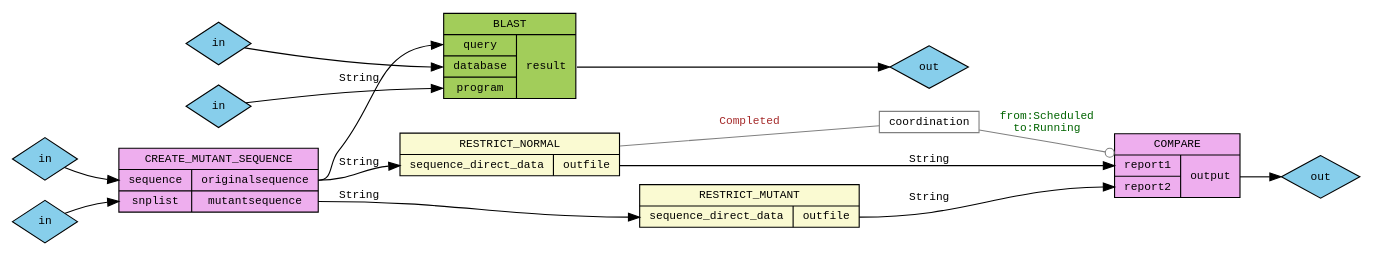
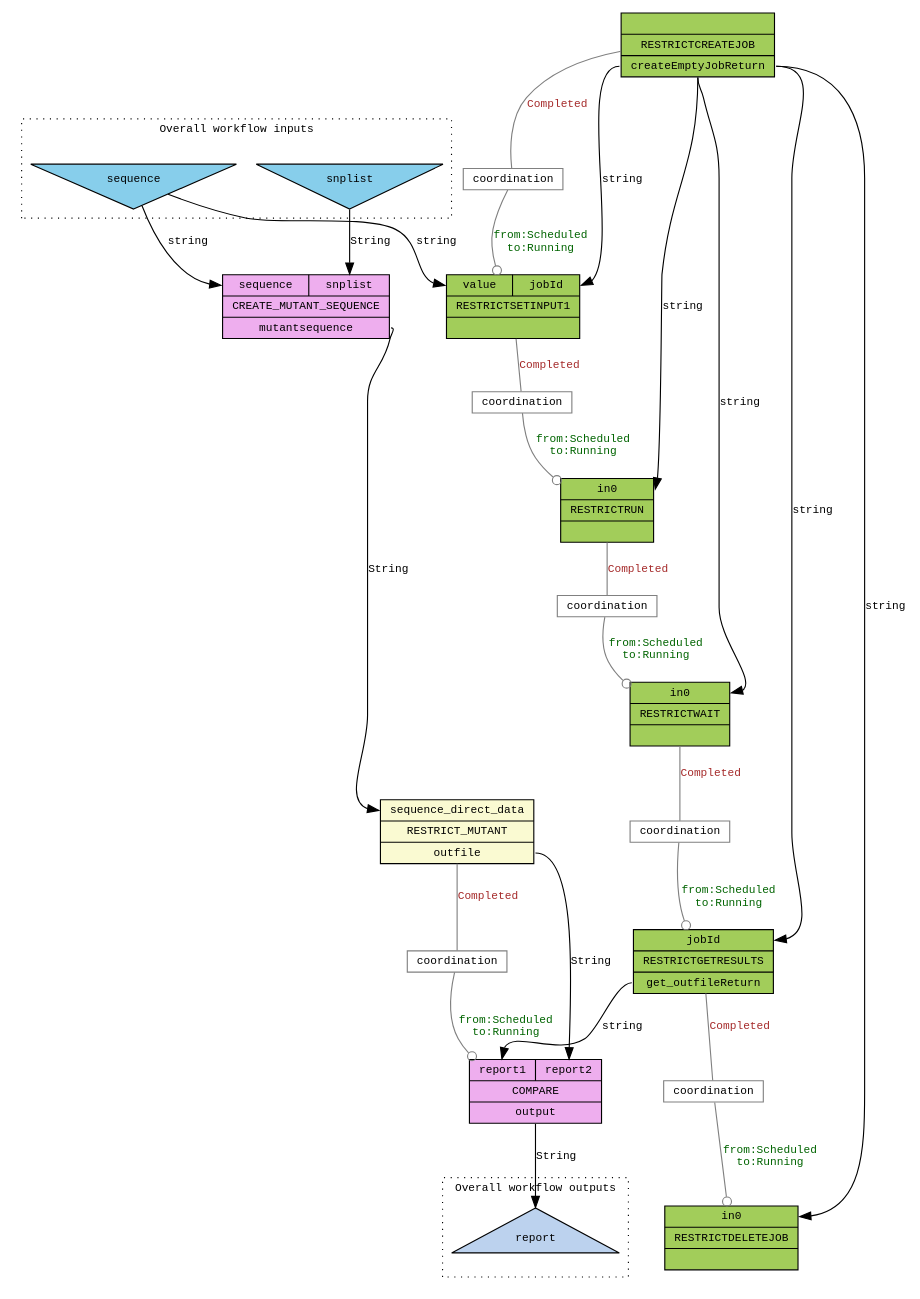
One commit to taverna/taverna-svn changed the diagram in trunk/taverna1.0/hybridworkflow/workflow.bound.dot. Above: the diagram before and after it, drawn with Graphviz. The commit also changed 15 other files, not shown here.

```diff
--- a/trunk/taverna1.0/hybridworkflow/workflow.bound.dot
+++ b/trunk/taverna1.0/hybridworkflow/workflow.bound.dot
@@ -1,7 +1,6 @@
 digraph scufl_graph {
  graph [             
   style=""         
-  rankdir="LR"     
  ]                   
  node [              
   fontname="Courier",         
@@ -20,82 +19,100 @@
   color="black"                
  ];
 
- externalblastdatabase [
-  shape="diamond",
-  width="0",
-  height="0",
-  fillcolor="skyblue",
-  label="in"
- ]
- externalblastdatabase->blast:database;
- externalblastprogram [
-  shape="diamond",
-  width="0",
-  height="0",
-  fillcolor="skyblue",
-  label="in"
- ]
- externalblastprogram->blast:program;
- externalblastresult [
-  shape="diamond",
-  width="0",
-  height="0",
-  fillcolor="skyblue",
-  label="out"
- ]
- blast:result->externalblastresult;
- externalcompareoutput [
-  shape="diamond",
-  width="0",
-  height="0",
-  fillcolor="skyblue",
-  label="out"
- ]
- compare:output->externalcompareoutput;
- externalcreate_mutant_sequencesequence [
-  shape="diamond",
-  width="0",
-  height="0",
-  fillcolor="skyblue",
-  label="in"
- ]
- externalcreate_mutant_sequencesequence->create_mutant_sequence:sequence;
- externalcreate_mutant_sequencesnplist [
-  shape="diamond",
-  width="0",
-  height="0",
-  fillcolor="skyblue",
-  label="in"
- ]
- externalcreate_mutant_sequencesnplist->create_mutant_sequence:snplist;
- blast [ 
-  fillcolor = "darkolivegreen3",
-  label = "{BLAST}|{{<query>query|<database>database|<program>program}|{<result>result}}"
- ];
  compare [ 
   fillcolor = "plum2",
-  label = "{COMPARE}|{{<report1>report1|<report2>report2}|{<output>output}}"
- ];
- restrict_normal [ 
-  label = "{RESTRICT_NORMAL}|{{<sequence_direct_data>sequence_direct_data}|{<outfile>outfile}}"
+  label = "{{<report1>report1|<report2>report2}|COMPARE|{<output>output}}"
  ];
  restrict_mutant [ 
-  label = "{RESTRICT_MUTANT}|{{<sequence_direct_data>sequence_direct_data}|{<outfile>outfile}}"
+  label = "{{<sequence_direct_data>sequence_direct_data}|RESTRICT_MUTANT|{<outfile>outfile}}"
  ];
  create_mutant_sequence [ 
   fillcolor = "plum2",
-  label = "{CREATE_MUTANT_SEQUENCE}|{{<sequence>sequence|<snplist>snplist}|{<originalsequence>originalsequence|<mutantsequence>mutantsequence}}"
+  label = "{{<sequence>sequence|<snplist>snplist}|CREATE_MUTANT_SEQUENCE|{<mutantsequence>mutantsequence}}"
  ];
- create_mutant_sequence:originalsequence->blast:query [ 
-  label = "String" ];
- restrict_normal:outfile->compare:report1 [ 
-  label = "String" ];
+ restrictCreateJob [ 
+  fillcolor = "darkolivegreen3",
+  label = "{{}|RESTRICTCREATEJOB|{<createEmptyJobReturn>createEmptyJobReturn}}"
+ ];
+ restrictSetInput1 [ 
+  fillcolor = "darkolivegreen3",
+  label = "{{<value>value|<jobId>jobId}|RESTRICTSETINPUT1|{}}"
+ ];
+ restrictRun [ 
+  fillcolor = "darkolivegreen3",
+  label = "{{<in0>in0}|RESTRICTRUN|{}}"
+ ];
+ restrictWait [ 
+  fillcolor = "darkolivegreen3",
+  label = "{{<in0>in0}|RESTRICTWAIT|{}}"
+ ];
+ restrictGetResults [ 
+  fillcolor = "darkolivegreen3",
+  label = "{{<jobId>jobId}|RESTRICTGETRESULTS|{<get_outfileReturn>get_outfileReturn}}"
+ ];
+ restrictDeleteJob [ 
+  fillcolor = "darkolivegreen3",
+  label = "{{<in0>in0}|RESTRICTDELETEJOB|{}}"
+ ];
+ restrictGetResults:get_outfileReturn->compare:report1 [ 
+  label = "string" ];
  restrict_mutant:outfile->compare:report2 [ 
   label = "String" ];
- create_mutant_sequence:originalsequence->restrict_normal:sequence_direct_data [ 
+ WORKFLOWINTERNALSOURCE_snplist->create_mutant_sequence:snplist [ 
+  label = "String" ];
+ WORKFLOWINTERNALSOURCE_sequence->create_mutant_sequence:sequence [ 
+  label = "string" ];
+ compare:output->WORKFLOWINTERNALSINK_report [ 
   label = "String" ];
  create_mutant_sequence:mutantsequence->restrict_mutant:sequence_direct_data [ 
   label = "String" ];
+ restrictCreateJob:createEmptyJobReturn->restrictSetInput1:jobId [ 
+  label = "string" ];
+ WORKFLOWINTERNALSOURCE_sequence->restrictSetInput1:value [ 
+  label = "string" ];
+ restrictCreateJob:createEmptyJobReturn->restrictRun:in0 [ 
+  label = "string" ];
+ restrictCreateJob:createEmptyJobReturn->restrictWait:in0 [ 
+  label = "string" ];
+ restrictCreateJob:createEmptyJobReturn->restrictGetResults:jobId [ 
+  label = "string" ];
+ restrictCreateJob:createEmptyJobReturn->restrictDeleteJob:in0 [ 
+  label = "string" ];
+ subgraph cluster_sources {
+  style="dotted"
+  label="Overall workflow inputs"
+  fontname="Courier"
+  fontsize="10"
+  rank="same"
+  WORKFLOWINTERNALSOURCE_sequence [
+   shape="invtriangle",
+   width="0",
+   height="0",
+   fillcolor="skyblue",
+   label="sequence"
+  ]
+  WORKFLOWINTERNALSOURCE_snplist [
+   shape="invtriangle",
+   width="0",
+   height="0",
+   fillcolor="skyblue",
+   label="snplist"
+  ]
+ }
+ subgraph cluster_sinks {
+  style="dotted"
+  label="Overall workflow outputs"
+  fontname="Courier"
+  fontsize="10"
+  rank="same"
+  WORKFLOWINTERNALSINK_report [
+   shape="triangle",
+   width="0",
+   height="0",
+   fillcolor="lightsteelblue2",
+   label="report"
+  ]
+ }
  constrainttestcoordination [
   shape="rectangle",
   fillcolor="white",
@@ -104,7 +121,7 @@
   color="gray",
   label="coordination"
  ]
- restrict_normal->constrainttestcoordination [
+ restrict_mutant->constrainttestcoordination [
   arrowhead="none",
   arrowtail="dot",
   color="gray",
@@ -118,4 +135,114 @@
   fontcolor="darkgreen",
   label="from:Scheduled\nto:Running"
  ];
+ constraintsetInput1 [
+  shape="rectangle",
+  fillcolor="white",
+  height="0",
+  width="0",
+  color="gray",
+  label="coordination"
+ ]
+ restrictCreateJob->constraintsetInput1 [
+  arrowhead="none",
+  arrowtail="dot",
+  color="gray",
+  fontcolor="brown",
+  label="Completed"
+ ]
+ constraintsetInput1->restrictSetInput1 [
+  arrowhead="odot",
+  arrowtail="none",
+  color="gray",
+  fontcolor="darkgreen",
+  label="from:Scheduled\nto:Running"
+ ];
+ constraintwaitForInput1 [
+  shape="rectangle",
+  fillcolor="white",
+  height="0",
+  width="0",
+  color="gray",
+  label="coordination"
+ ]
+ restrictSetInput1->constraintwaitForInput1 [
+  arrowhead="none",
+  arrowtail="dot",
+  color="gray",
+  fontcolor="brown",
+  label="Completed"
+ ]
+ constraintwaitForInput1->restrictRun [
+  arrowhead="odot",
+  arrowtail="none",
+  color="gray",
+  fontcolor="darkgreen",
+  label="from:Scheduled\nto:Running"
+ ];
+ constraintwaitForExecution [
+  shape="rectangle",
+  fillcolor="white",
+  height="0",
+  width="0",
+  color="gray",
+  label="coordination"
+ ]
+ restrictRun->constraintwaitForExecution [
+  arrowhead="none",
+  arrowtail="dot",
+  color="gray",
+  fontcolor="brown",
+  label="Completed"
+ ]
+ constraintwaitForExecution->restrictWait [
+  arrowhead="odot",
+  arrowtail="none",
+  color="gray",
+  fontcolor="darkgreen",
+  label="from:Scheduled\nto:Running"
+ ];
+ constraintgetResults [
+  shape="rectangle",
+  fillcolor="white",
+  height="0",
+  width="0",
+  color="gray",
+  label="coordination"
+ ]
+ restrictWait->constraintgetResults [
+  arrowhead="none",
+  arrowtail="dot",
+  color="gray",
+  fontcolor="brown",
+  label="Completed"
+ ]
+ constraintgetResults->restrictGetResults [
+  arrowhead="odot",
+  arrowtail="none",
+  color="gray",
+  fontcolor="darkgreen",
+  label="from:Scheduled\nto:Running"
+ ];
+ constraintcleanup [
+  shape="rectangle",
+  fillcolor="white",
+  height="0",
+  width="0",
+  color="gray",
+  label="coordination"
+ ]
+ restrictGetResults->constraintcleanup [
+  arrowhead="none",
+  arrowtail="dot",
+  color="gray",
+  fontcolor="brown",
+  label="Completed"
+ ]
+ constraintcleanup->restrictDeleteJob [
+  arrowhead="odot",
+  arrowtail="none",
+  color="gray",
+  fontcolor="darkgreen",
+  label="from:Scheduled\nto:Running"
+ ];
 }
```
